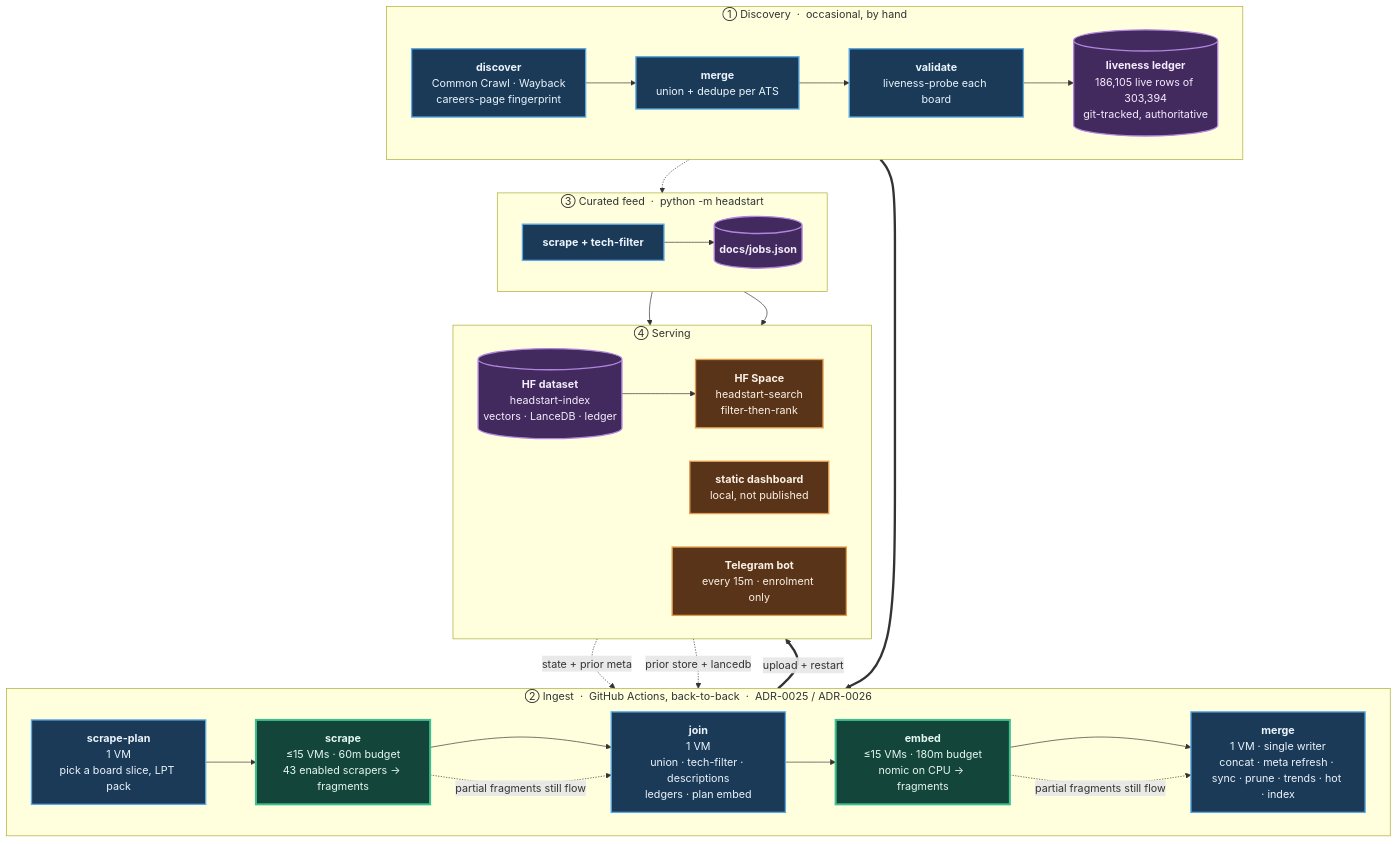
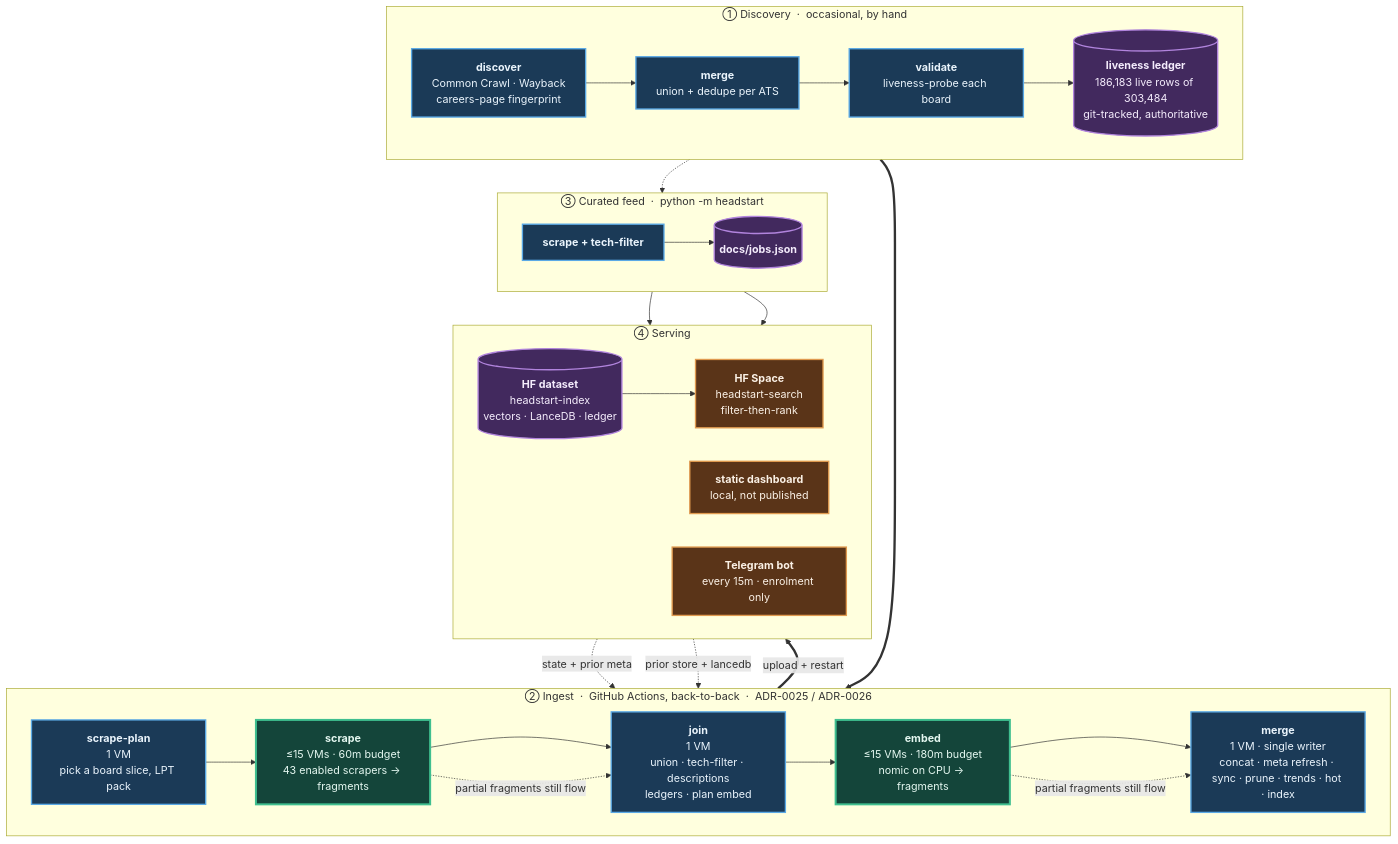
One commit to sarthakjain004/headstart changed the diagram in README.md. Above: the diagram before and after it, drawn with Mermaid. The commit also changed other lines of this file and 3 other files, not shown here.

````diff
--- a/README.md
+++ b/README.md
@@ -170,56 +170,56 @@
 ```mermaid
 flowchart TB
     subgraph D["① Discovery &nbsp;·&nbsp; occasional, by hand"]
         direction LR
         D1["<b>discover</b><br/>Common Crawl · Wayback<br/>careers-page fingerprint"]
         D2["<b>merge</b><br/>union + dedupe per ATS"]
         D3["<b>validate</b><br/>liveness-probe each board"]
-        D4[("<b>liveness ledger</b><br/>186,105 live rows of 303,394<br/>git-tracked, authoritative")]
+        D4[("<b>liveness ledger</b><br/>186,183 live rows of 303,484<br/>git-tracked, authoritative")]
         D1 --> D2 --> D3 --> D4
     end
 
     subgraph P["② Ingest &nbsp;·&nbsp; GitHub Actions, back-to-back &nbsp;·&nbsp; ADR-0025 / ADR-0026"]
         direction LR
         P1["<b>scrape-plan</b><br/>1 VM<br/>pick a board slice, LPT pack"]
         P2["<b>scrape</b><br/>≤15 VMs · 60m budget<br/>43 enabled scrapers → fragments"]
         P3["<b>join</b><br/>1 VM<br/>union · tech-filter · descriptions<br/>ledgers · plan embed"]
         P4["<b>embed</b><br/>≤15 VMs · 180m budget<br/>nomic on CPU → fragments"]
         P5["<b>merge</b><br/>1 VM · single writer<br/>concat · meta refresh · sync · prune · trends · hot · index"]
         P1 --> P2 --> P3 --> P4 --> P5
     end
 
     subgraph F["③ Curated feed &nbsp;·&nbsp; python -m headstart"]
         direction LR
         F1["<b>scrape + tech-filter</b>"]
         F2[("<b>docs/jobs.json</b>")]
         F1 --> F2
     end
 
     subgraph S["④ Serving"]
         direction LR
         S1[("<b>HF dataset</b><br/>headstart-index<br/>vectors · LanceDB · ledger")]
         S2["<b>HF Space</b><br/>headstart-search<br/>filter-then-rank"]
         S3["<b>static dashboard</b><br/>local, not published"]
         S4["<b>Telegram bot</b><br/>every 15m · enrolment only"]
         S1 --> S2
     end
 
     D4 ==> P1
     S1 -. "state + prior meta" .-> P1
     S1 -. "prior store + lancedb" .-> P5
     D4 -.-> F1
     P5 ==>|"upload + restart"| S1
     F2 --> S3
     F2 --> S4
     P2 -. "partial fragments still flow" .-> P3
     P4 -. "partial fragments still flow" .-> P5
 
     classDef serial fill:#1b3a57,stroke:#5aa9e6,stroke-width:2px,color:#eaf4fc
     classDef fan fill:#14453a,stroke:#3fbf8f,stroke-width:3px,color:#e4f7f0
     classDef store fill:#42295e,stroke:#b184dd,stroke-width:2px,color:#f4ecfc
     classDef serve fill:#5a3418,stroke:#e09a4f,stroke-width:2px,color:#fbf1e6
     class D1,D2,D3,P1,P3,P5,F1 serial
     class P2,P4 fan
     class D4,F2,S1 store
     class S2,S3,S4 serve
 ```
````
